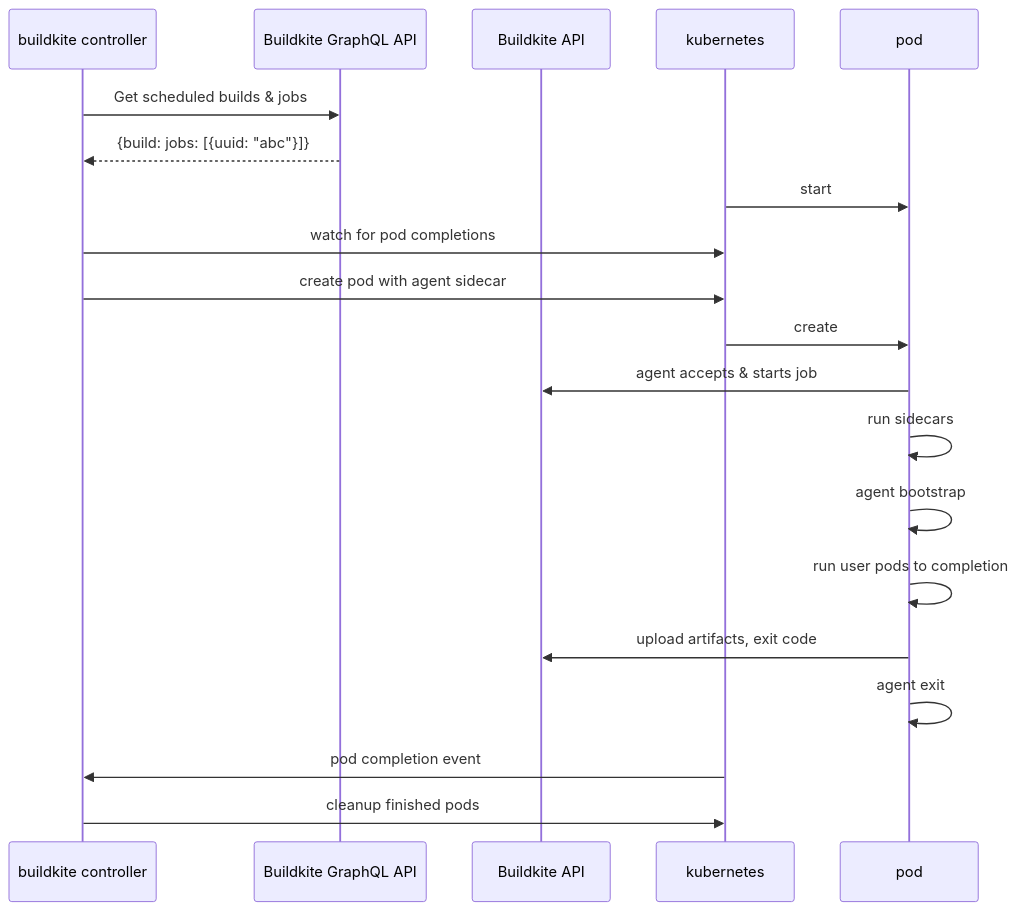
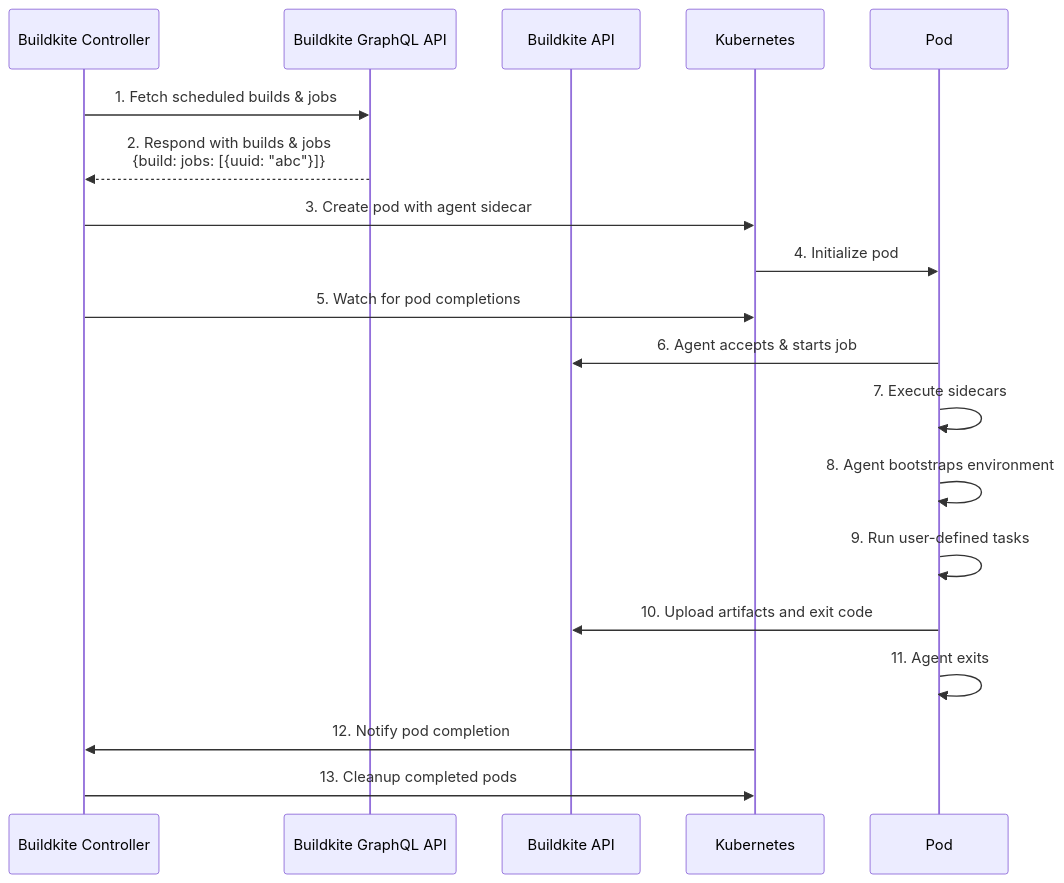
One commit to buildkite/agent-stack-k8s changed the diagram in README.md. Above: the diagram before and after it, drawn with Mermaid. The commit also changed other lines of this file, not shown here.

````diff
--- a/README.md
+++ b/README.md
@@ -51,21 +50,25 @@
 ```mermaid
 sequenceDiagram
-    participant bc as buildkite controller
-    participant gql as Buildkite GraphQL API
-    participant bapi as Buildkite API
-    participant kubernetes
-    bc->>gql: Get scheduled builds & jobs
-    gql-->>bc: {build: jobs: [{uuid: "abc"}]}
-    kubernetes->>pod: start
-    bc->>kubernetes: watch for pod completions
-    bc->>kubernetes: create pod with agent sidecar
-    kubernetes->>pod: create
-    pod->>bapi: agent accepts & starts job
-    pod->>pod: run sidecars
-    pod->>pod: agent bootstrap
-    pod->>pod: run user pods to completion
-    pod->>bapi: upload artifacts, exit code
-    pod->>pod: agent exit
-    kubernetes->>bc: pod completion event
-    bc->>kubernetes: cleanup finished pods
+    participant BC as Buildkite Controller
+    participant GQL as Buildkite GraphQL API
+    participant API as Buildkite API
+    participant K8S as Kubernetes
+    participant Pod
+
+    BC->>GQL: 1. Fetch scheduled builds & jobs
+    GQL-->>BC: 2. Respond with builds & jobs<br>{build: jobs: [{uuid: "abc"}]}
+    
+    BC->>K8S: 3. Create pod with agent sidecar
+    K8S->>Pod: 4. Initialize pod
+    
+    BC->>K8S: 5. Watch for pod completions
+    Pod->>API: 6. Agent accepts & starts job
+    Pod->>Pod: 7. Execute sidecars
+    Pod->>Pod: 8. Agent bootstraps environment
+    Pod->>Pod: 9. Run user-defined tasks
+    Pod->>API: 10. Upload artifacts and exit code
+    Pod->>Pod: 11. Agent exits
+    
+    K8S->>BC: 12. Notify pod completion
+    BC->>K8S: 13. Cleanup completed pods
 ```
````
